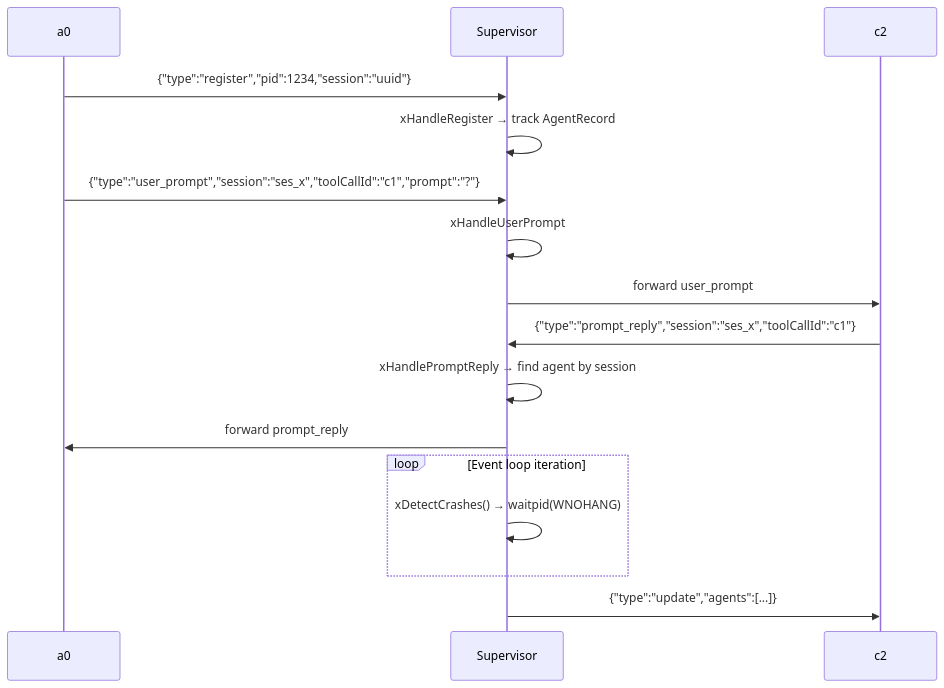
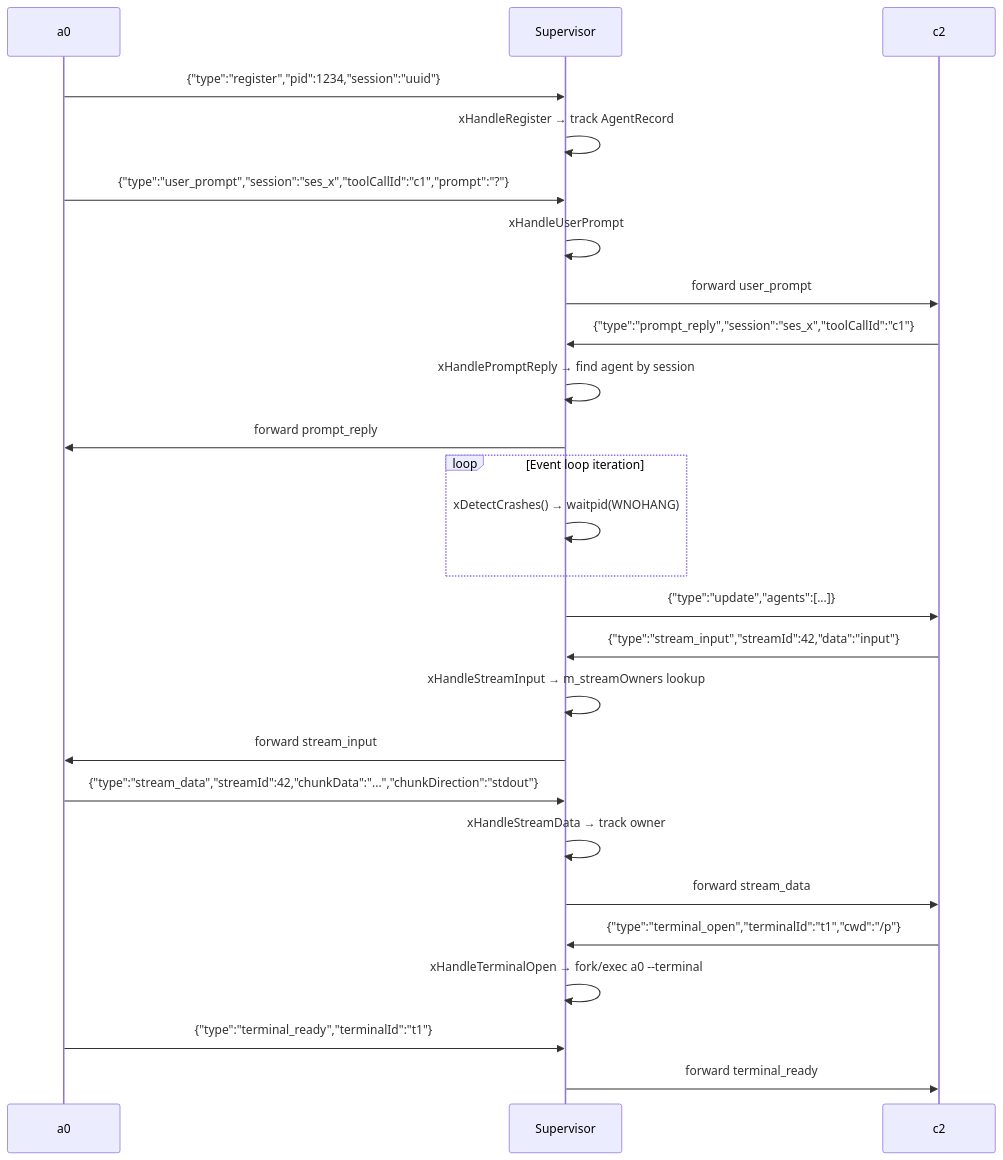
The second of 2 diagrams in src/b1/supervisor.spec.md (opensassi/a0), drawn with Mermaid before and after one commit. The commit also changed other lines of this file and 28 other files, not shown here.

````diff
--- a/src/b1/supervisor.spec.md
+++ b/src/b1/supervisor.spec.md
@@ -99,23 +104,36 @@
 ```mermaid
 sequenceDiagram
     participant A0 as a0
     participant Sup as Supervisor
     participant C2 as c2
 
     A0->>Sup: {"type":"register","pid":1234,"session":"uuid"}
     Sup->>Sup: xHandleRegister → track AgentRecord
 
     A0->>Sup: {"type":"user_prompt","session":"ses_x","toolCallId":"c1","prompt":"?"}
     Sup->>Sup: xHandleUserPrompt
     Sup->>C2: forward user_prompt
 
     C2->>Sup: {"type":"prompt_reply","session":"ses_x","toolCallId":"c1"}
     Sup->>Sup: xHandlePromptReply → find agent by session
     Sup->>A0: forward prompt_reply
 
     loop Event loop iteration
         Sup->>Sup: xDetectCrashes() → waitpid(WNOHANG)
     end
 
     Sup->>C2: {"type":"update","agents":[...]}
+
+    C2->>Sup: {"type":"stream_input","streamId":42,"data":"input"}
+    Sup->>Sup: xHandleStreamInput → m_streamOwners lookup
+    Sup->>A0: forward stream_input
+
+    A0->>Sup: {"type":"stream_data","streamId":42,"chunkData":"...","chunkDirection":"stdout"}
+    Sup->>Sup: xHandleStreamData → track owner
+    Sup->>C2: forward stream_data
+
+    C2->>Sup: {"type":"terminal_open","terminalId":"t1","cwd":"/p"}
+    Sup->>Sup: xHandleTerminalOpen → fork/exec a0 --terminal
+    A0->>Sup: {"type":"terminal_ready","terminalId":"t1"}
+    Sup->>C2: forward terminal_ready
 ```
````
